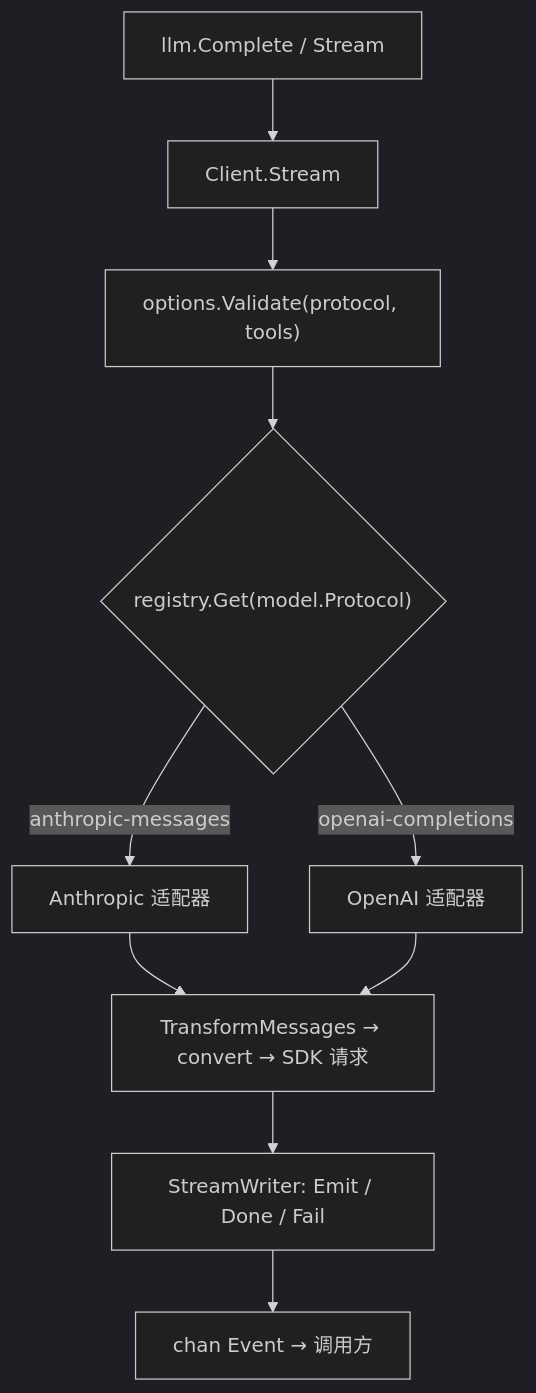
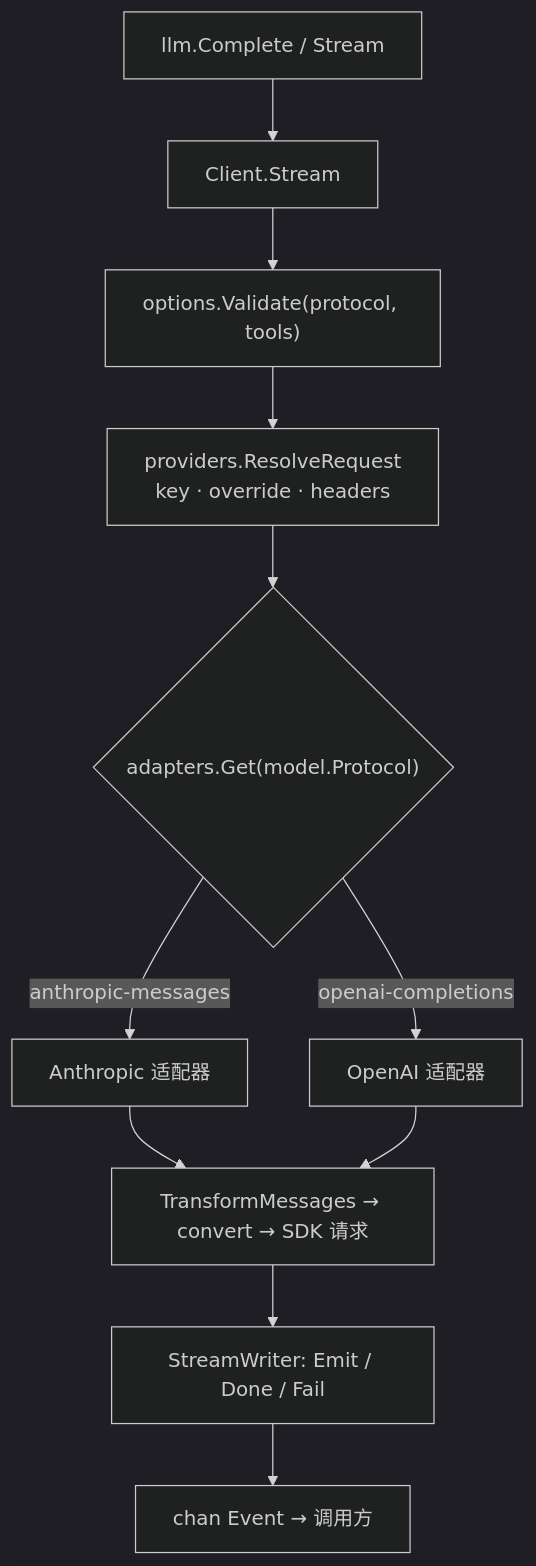
One commit to ktsoator/or changed the second of 2 diagrams in docs/internals/overview.zh.md. Above: the diagram before and after it, drawn with Mermaid (dark theme). The commit also changed other lines of this file and 1 other file, not shown here.

Commit message:
docs(internals): reflect provider runtime in architecture overview (#81)

````diff
--- a/docs/internals/overview.zh.md
+++ b/docs/internals/overview.zh.md
@@ -50,12 +53,13 @@
 ```mermaid
 flowchart TD
     A["llm.Complete / Stream"] --> B["Client.Stream"]
     B --> V["options.Validate(protocol, tools)"]
-    V --> C{"registry.Get(model.Protocol)"}
+    V --> RR["providers.ResolveRequest<br/>key · override · headers"]
+    RR --> C{"adapters.Get(model.Protocol)"}
     C -->|anthropic-messages| D["Anthropic 适配器"]
     C -->|openai-completions| E["OpenAI 适配器"]
     D --> T["TransformMessages → convert → SDK 请求"]
     E --> T
     T --> G["StreamWriter: Emit / Done / Fail"]
     G --> H["chan Event → 调用方"]
 ```
````
